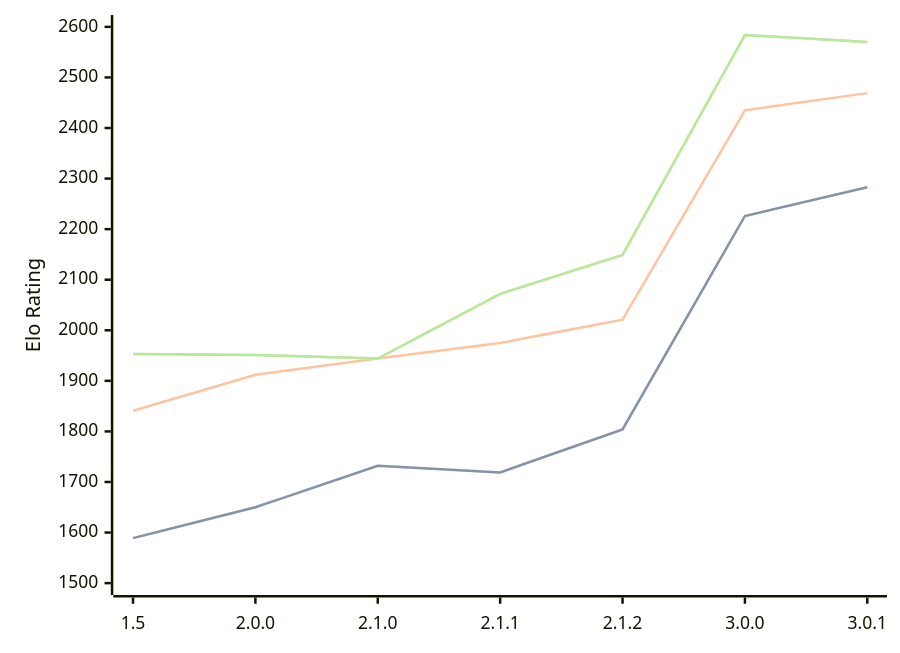
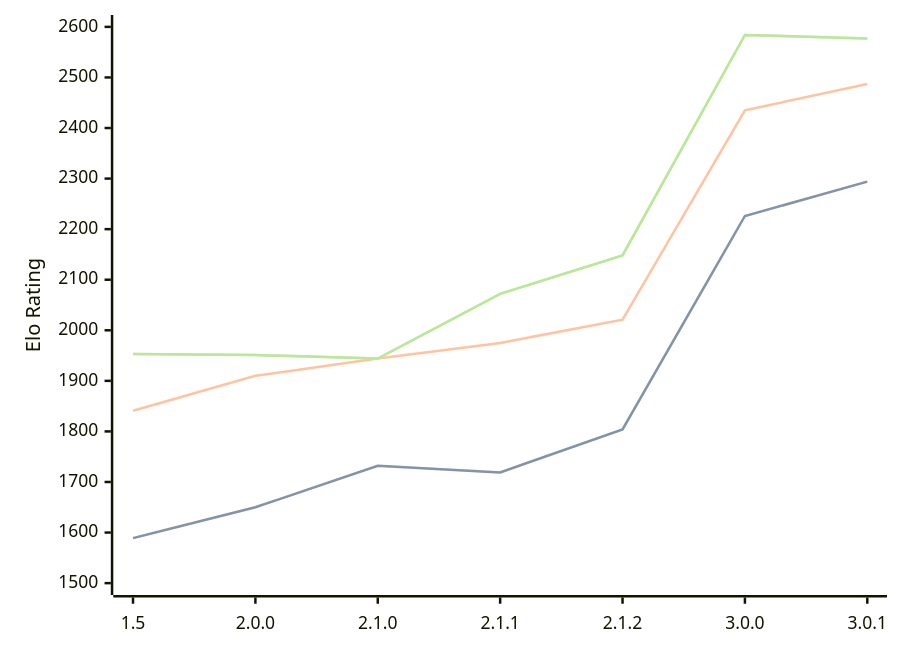
Before and after one commit to computer-chess-index/cci: the diagram in engines/Rudim.md, drawn with Mermaid. The commit also changed other lines of this file, not shown here.

Commit message:
Update CCI Ratings (ELO VLTC) - 2026-06-12

````diff
--- a/engines/Rudim.md
+++ b/engines/Rudim.md
@@ -46,11 +46,11 @@
 ```mermaid
 %%{init: {"theme":"base","themeVariables":{"seriesColors:['#a3a3a3','#222221','#faa371']}}}%%
 xychart-beta
   x-axis ["1.5", "2.0.0", "2.1.0", "2.1.1", "2.1.2", "3.0.0", "3.0.1"]
   y-axis "Elo Rating" 1500 --> 2600
-  line "STC (8.0+0.08s)" [1589, 1650, 1732, 1719, 1804, 2226, 2283]
-  line "STC (8.0+0.08s)" [1589, 1650, 1732, 1719, 1804, 2226, 2283]
-  line "LTC (60.0+0.60s)" [1841, 1912, 1944, 1975, 2021, 2435, 2469]
-  line "VLTC (2m24s+1.12s)" [1953, 1951, 1944, 2072, 2149, 2584, 2570]
-  line "VLTC (2m24s+1.12s)" [1953, 1951, 1944, 2072, 2149, 2584, 2570]
+  line "STC (8.0+0.08s)" [1589, 1650, 1732, 1719, 1804, 2226, 2294]
+  line "STC (8.0+0.08s)" [1589, 1650, 1732, 1719, 1804, 2226, 2294]
+  line "LTC (60.0+0.60s)" [1841, 1910, 1944, 1975, 2021, 2435, 2487]
+  line "VLTC (2m24s+1.12s)" [1953, 1951, 1944, 2072, 2148, 2584, 2577]
+  line "VLTC (2m24s+1.12s)" [1953, 1951, 1944, 2072, 2148, 2584, 2577]
 ```
````
